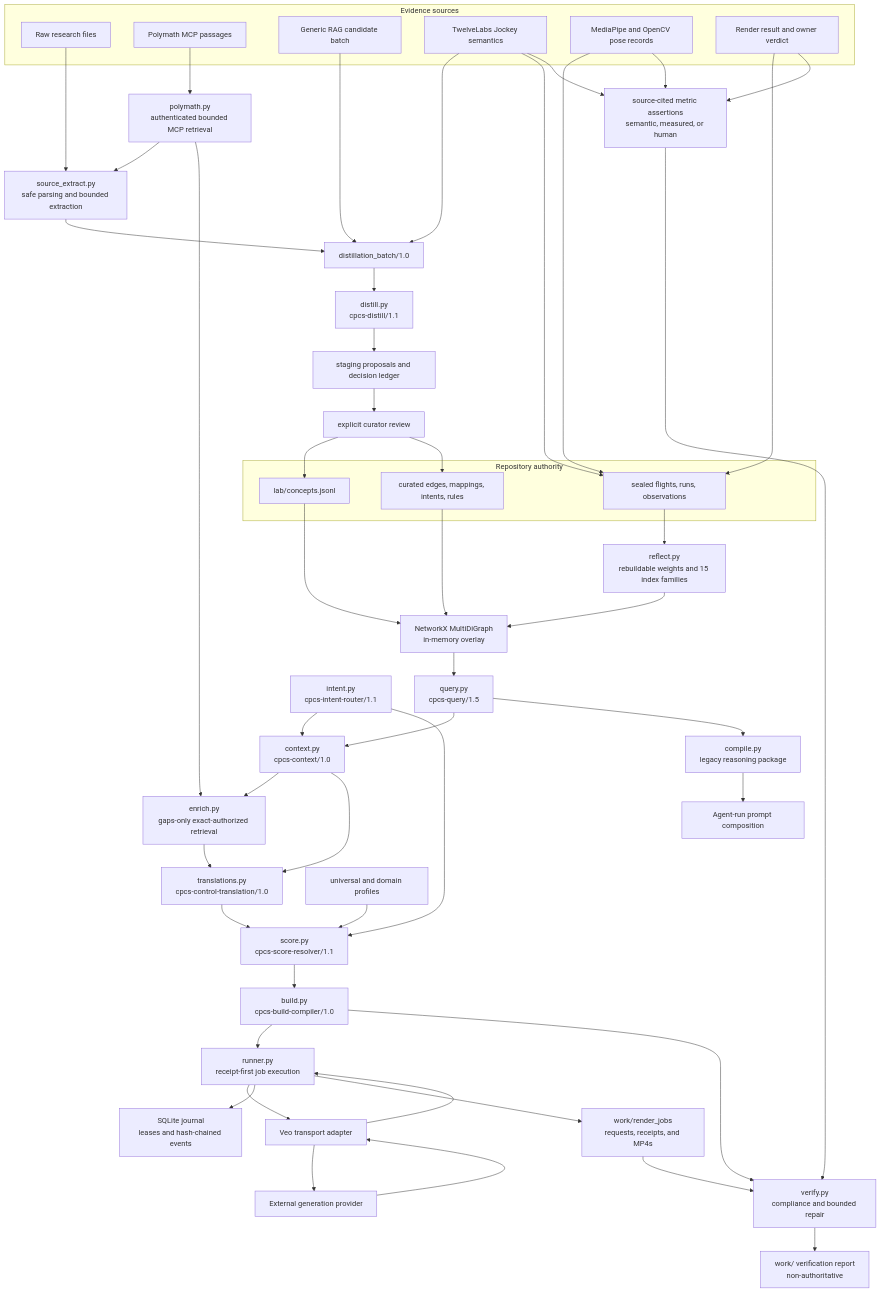
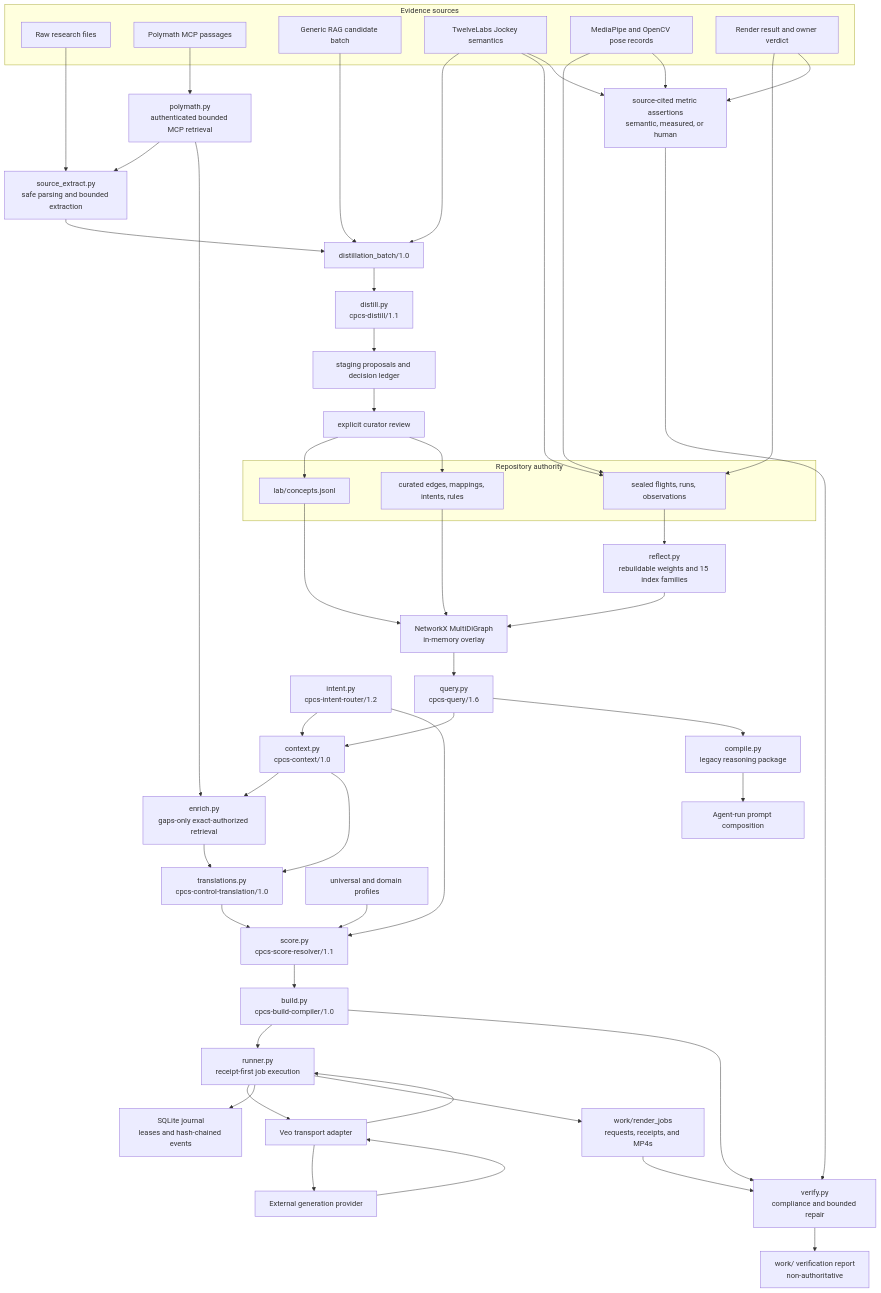
The second of 3 diagrams in ARCHITECTURE.md (Kingsley-Cyber/ai-video-movement-prompt-system), drawn with Mermaid before and after one commit. The commit also changed other lines of this file and 20 other files, not shown here.

````diff
--- a/ARCHITECTURE.md
+++ b/ARCHITECTURE.md
@@ -589,79 +602,79 @@
 ```mermaid
 flowchart TB
     subgraph Sources["Evidence sources"]
         Raw["Raw research files"]
         Poly["Polymath MCP passages"]
         Generic["Generic RAG candidate batch"]
         Jockey["TwelveLabs Jockey semantics"]
         Pose["MediaPipe and OpenCV pose records"]
         Verdict["Render result and owner verdict"]
     end
 
     PolyRetrieve["polymath.py\nauthenticated bounded MCP retrieval"]
     SourceExtract["source_extract.py\nsafe parsing and bounded extraction"]
     Batch["distillation_batch/1.0"]
     Distill["distill.py\ncpcs-distill/1.1"]
     Staging["staging proposals and decision ledger"]
     Review["explicit curator review"]
 
     subgraph Authority["Repository authority"]
         Concepts["lab/concepts.jsonl"]
         Curated["curated edges, mappings, intents, rules"]
         Immutable["sealed flights, runs, observations"]
     end
 
     Reflect["reflect.py\nrebuildable weights and 15 index families"]
     Graph["NetworkX MultiDiGraph\nin-memory overlay"]
-    Query["query.py\ncpcs-query/1.5"]
+    Query["query.py\ncpcs-query/1.6"]
     Context["context.py\ncpcs-context/1.0"]
     Enrich["enrich.py\ngaps-only exact-authorized retrieval"]
-    Intent["intent.py\ncpcs-intent-router/1.1"]
+    Intent["intent.py\ncpcs-intent-router/1.2"]
     Translate["translations.py\ncpcs-control-translation/1.0"]
     Profiles["universal and domain profiles"]
     Score["score.py\ncpcs-score-resolver/1.1"]
     Compile["compile.py\nlegacy reasoning package"]
     Build["build.py\ncpcs-build-compiler/1.0"]
     Runner["runner.py\nreceipt-first job execution"]
     Journal["SQLite journal\nleases and hash-chained events"]
     Adapter["Veo transport adapter"]
     Artifacts["work/render_jobs\nrequests, receipts, and MP4s"]
     Evidence["source-cited metric assertions\nsemantic, measured, or human"]
     Verify["verify.py\ncompliance and bounded repair"]
     Diagnostics["work/ verification report\nnon-authoritative"]
     ManualPrompt["Agent-run prompt composition"]
     Provider["External generation provider"]
 
     Raw --> SourceExtract --> Batch
     Poly --> PolyRetrieve
     PolyRetrieve --> SourceExtract
     PolyRetrieve --> Enrich
     Generic --> Batch
     Jockey --> Batch
     Batch --> Distill --> Staging --> Review
     Review --> Concepts
     Review --> Curated
     Jockey --> Immutable
     Pose --> Immutable
     Verdict --> Immutable
     Immutable --> Reflect
     Reflect --> Graph
     Concepts --> Graph
     Curated --> Graph
     Graph --> Query --> Context --> Enrich
     Intent --> Context
     Intent --> Score
     Context --> Translate --> Score
     Enrich --> Translate
     Profiles --> Score
     Score --> Build --> Runner --> Adapter --> Provider
     Provider --> Adapter --> Runner
     Runner --> Journal
     Runner --> Artifacts
     Jockey --> Evidence
     Pose --> Evidence
     Verdict --> Evidence
     Build --> Verify
     Artifacts --> Verify
     Evidence --> Verify --> Diagnostics
     Query --> Compile --> ManualPrompt
 ```
````
